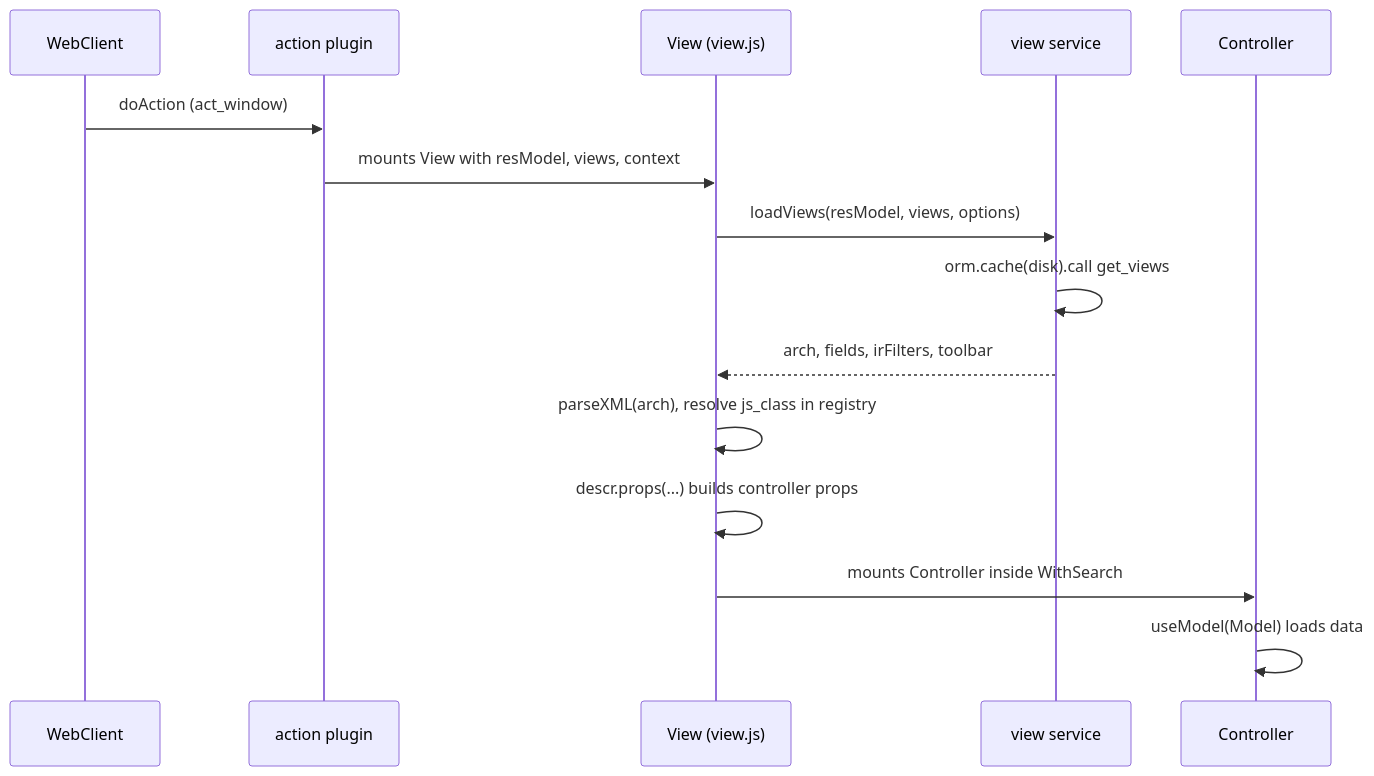
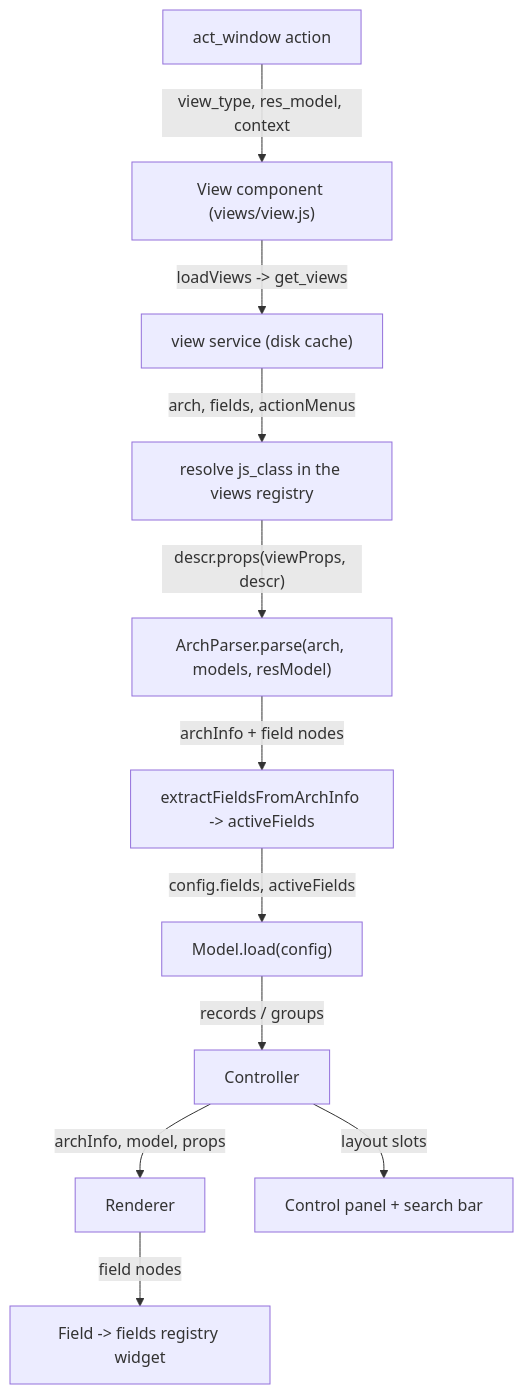
The diagram in droid-wiki/apps/web/views-framework.md (blitzy-public-samples/odoo), drawn with Mermaid before and after one commit. The commit also changed other lines of this file and 78 other files, not shown here.

````diff
--- a/droid-wiki/apps/web/views-framework.md
+++ b/droid-wiki/apps/web/views-framework.md
@@ -66,17 +69,13 @@
 ```mermaid
-sequenceDiagram
-    participant W as WebClient
-    participant A as action plugin
-    participant V as View (view.js)
-    participant S as view service
-    participant C as Controller
-    W->>A: doAction (act_window)
-    A->>V: mounts View with resModel, views, context
-    V->>S: loadViews(resModel, views, options)
-    S->>S: orm.cache(disk).call get_views
-    S-->>V: arch, fields, irFilters, toolbar
-    V->>V: parseXML(arch), resolve js_class in registry
-    V->>V: descr.props(...) builds controller props
-    V->>C: mounts Controller inside WithSearch
-    C->>C: useModel(Model) loads data
+graph TD
+    ACT["act_window action"] -->|"view_type, res_model, context"| VIEW["View component (views/view.js)"]
+    VIEW -->|"loadViews -> get_views"| VS["view service (disk cache)"]
+    VS -->|"arch, fields, actionMenus"| JSC["resolve js_class in the views registry"]
+    JSC -->|"descr.props(viewProps, descr)"| AP["ArchParser.parse(arch, models, resModel)"]
+    AP -->|"archInfo + field nodes"| AF["extractFieldsFromArchInfo -> activeFields"]
+    AF -->|"config.fields, activeFields"| MODEL["Model.load(config)"]
+    MODEL -->|"records / groups"| CTRL["Controller"]
+    CTRL -->|"archInfo, model, props"| REND["Renderer"]
+    REND -->|"field nodes"| FLD["Field -> fields registry widget"]
+    CTRL -->|"layout slots"| CP["Control panel + search bar"]
 ```
````
